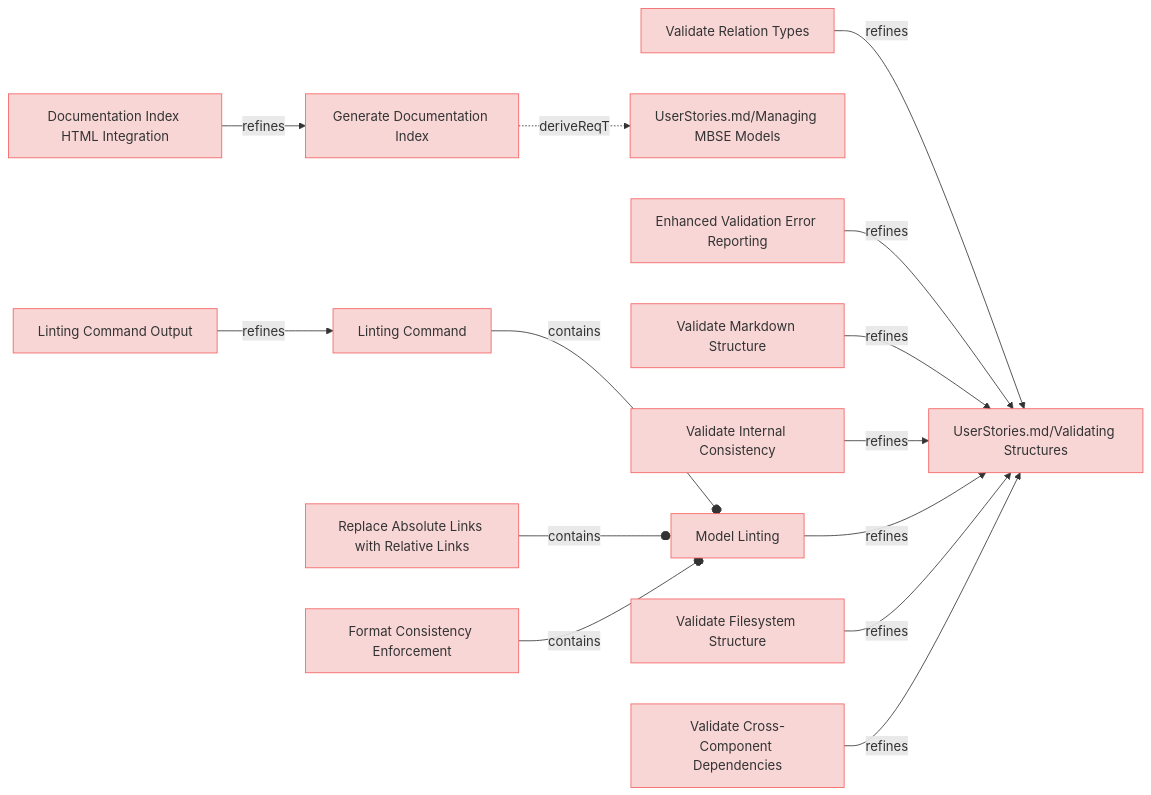
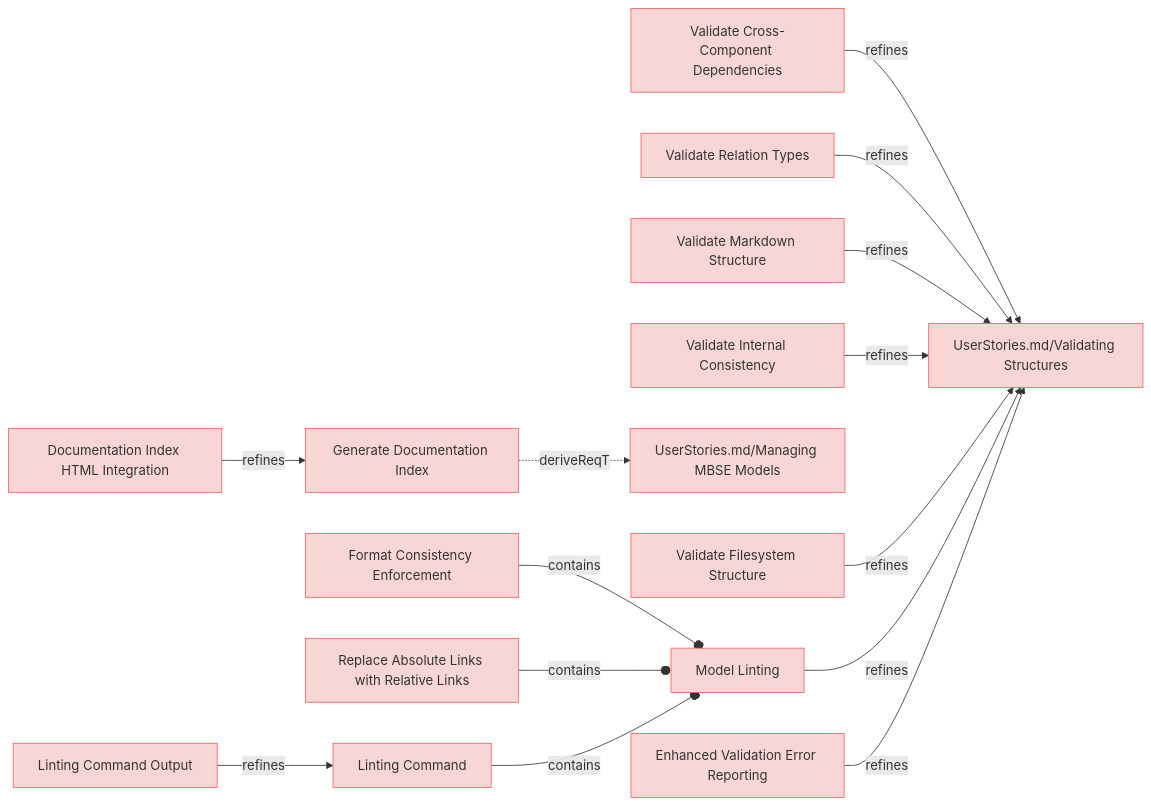
Before and after one commit to reqvire-org/reqvire: the third of 9 diagrams in specifications/UserRequirements.md, drawn with Mermaid. The commit also changed other lines of this file and 15 other files, not shown here.

Commit message:
Linted and new diagrams generated.

````diff
--- a/specifications/UserRequirements.md
+++ b/specifications/UserRequirements.md
@@ -147,67 +147,67 @@
 ```mermaid
 graph LR;
   %% Graph styling
   classDef requirement fill:#f9d6d6,stroke:#f55f5f,stroke-width:1px;
   classDef verification fill:#d6f9d6,stroke:#5fd75f,stroke-width:1px;
   classDef externalLink fill:#d0e0ff,stroke:#3080ff,stroke-width:1px;
   classDef default fill:#f5f5f5,stroke:#333333,stroke-width:1px;
 
-  62c066a5aad4dafe["Linting Command Output"];
-  click 62c066a5aad4dafe "https://github.com/Reqvire/reqvire/blob/f18e52f9f88c64f67a79abc4e93eb74b3ec22615/specifications/UserRequirements.md#linting-command-output";
-  class 62c066a5aad4dafe requirement;
-  28b0f9fa78937e61["Linting Command"];
-  class 28b0f9fa78937e61 requirement;
-  click 28b0f9fa78937e61 "https://github.com/Reqvire/reqvire/blob/f18e52f9f88c64f67a79abc4e93eb74b3ec22615/specifications/UserRequirements.md#linting-command";
-  62c066a5aad4dafe -->|refines| 28b0f9fa78937e61;
-  8a3ca9461643d887["Validate Relation Types"];
-  click 8a3ca9461643d887 "https://github.com/Reqvire/reqvire/blob/f18e52f9f88c64f67a79abc4e93eb74b3ec22615/specifications/UserRequirements.md#validate-relation-types";
-  class 8a3ca9461643d887 requirement;
+  b5146db7aedfd66["Documentation Index HTML Integration"];
+  click b5146db7aedfd66 "https://github.com/Reqvire/reqvire/blob/b8c43d2689b933838bf1838d8a4cdf3393c9014f/specifications/UserRequirements.md#documentation-index-html-integration";
+  class b5146db7aedfd66 requirement;
+  9019be8bfdc22b35["Generate Documentation Index"];
+  class 9019be8bfdc22b35 requirement;
+  click 9019be8bfdc22b35 "https://github.com/Reqvire/reqvire/blob/b8c43d2689b933838bf1838d8a4cdf3393c9014f/specifications/UserRequirements.md#generate-documentation-index";
+  b5146db7aedfd66 -->|refines| 9019be8bfdc22b35;
+  1ddbeea0cf8eaad5["Format Consistency Enforcement"];
+  click 1ddbeea0cf8eaad5 "https://github.com/Reqvire/reqvire/blob/b8c43d2689b933838bf1838d8a4cdf3393c9014f/specifications/UserRequirements.md#format-consistency-enforcement";
+  class 1ddbeea0cf8eaad5 requirement;
+  84c4dc11e82e8638["Model Linting"];
+  class 84c4dc11e82e8638 requirement;
+  click 84c4dc11e82e8638 "https://github.com/Reqvire/reqvire/blob/b8c43d2689b933838bf1838d8a4cdf3393c9014f/specifications/UserRequirements.md#model-linting";
+  1ddbeea0cf8eaad5 --o|contains| 84c4dc11e82e8638;
+  ee05a46627b568b7["Validate Cross-Component Dependencies"];
+  click ee05a46627b568b7 "https://github.com/Reqvire/reqvire/blob/b8c43d2689b933838bf1838d8a4cdf3393c9014f/specifications/UserRequirements.md#validate-cross-component-dependencies";
+  class ee05a46627b568b7 requirement;
   a0f9571f6563d9d3["UserStories.md/Validating Structures"];
   class a0f9571f6563d9d3 requirement;
-  click a0f9571f6563d9d3 "https://github.com/Reqvire/reqvire/blob/f18e52f9f88c64f67a79abc4e93eb74b3ec22615/specifications/UserStories.md#validating-structures";
+  click a0f9571f6563d9d3 "https://github.com/Reqvire/reqvire/blob/b8c43d2689b933838bf1838d8a4cdf3393c9014f/specifications/UserStories.md#validating-structures";
+  ee05a46627b568b7 -->|refines| a0f9571f6563d9d3;
+  8a3ca9461643d887["Validate Relation Types"];
+  click 8a3ca9461643d887 "https://github.com/Reqvire/reqvire/blob/b8c43d2689b933838bf1838d8a4cdf3393c9014f/specifications/UserRequirements.md#validate-relation-types";
+  class 8a3ca9461643d887 requirement;
   8a3ca9461643d887 -->|refines| a0f9571f6563d9d3;
-  9019be8bfdc22b35["Generate Documentation Index"];
-  click 9019be8bfdc22b35 "https://github.com/Reqvire/reqvire/blob/f18e52f9f88c64f67a79abc4e93eb74b3ec22615/specifications/UserRequirements.md#generate-documentation-index";
-  class 9019be8bfdc22b35 requirement;
+  7ec3cb7f400a2e8d["Validate Markdown Structure"];
+  click 7ec3cb7f400a2e8d "https://github.com/Reqvire/reqvire/blob/b8c43d2689b933838bf1838d8a4cdf3393c9014f/specifications/UserRequirements.md#validate-markdown-structure";
+  class 7ec3cb7f400a2e8d requirement;
+  7ec3cb7f400a2e8d -->|refines| a0f9571f6563d9d3;
   c75ac8fa29479ca5["UserStories.md/Managing MBSE Models"];
   class c75ac8fa29479ca5 requirement;
-  click c75ac8fa29479ca5 "https://github.com/Reqvire/reqvire/blob/f18e52f9f88c64f67a79abc4e93eb74b3ec22615/specifications/UserStories.md#managing-mbse-models";
+  click c75ac8fa29479ca5 "https://github.com/Reqvire/reqvire/blob/b8c43d2689b933838bf1838d8a4cdf3393c9014f/specifications/UserStories.md#managing-mbse-models";
   9019be8bfdc22b35 -.->|deriveReqT| c75ac8fa29479ca5;
-  84c4dc11e82e8638["Model Linting"];
-  class 84c4dc11e82e8638 requirement;
-  click 84c4dc11e82e8638 "https://github.com/Reqvire/reqvire/blob/f18e52f9f88c64f67a79abc4e93eb74b3ec22615/specifications/UserRequirements.md#model-linting";
-  28b0f9fa78937e61 --o|contains| 84c4dc11e82e8638;
   229bb675bac39dc9["Replace Absolute Links with Relative Links"];
-  click 229bb675bac39dc9 "https://github.com/Reqvire/reqvire/blob/f18e52f9f88c64f67a79abc4e93eb74b3ec22615/specifications/UserRequirements.md#replace-absolute-links-with-relative-links";
+  click 229bb675bac39dc9 "https://github.com/Reqvire/reqvire/blob/b8c43d2689b933838bf1838d8a4cdf3393c9014f/specifications/UserRequirements.md#replace-absolute-links-with-relative-links";
   class 229bb675bac39dc9 requirement;
   229bb675bac39dc9 --o|contains| 84c4dc11e82e8638;
+  f9182ad2999d989c["Validate Internal Consistency"];
+  click f9182ad2999d989c "https://github.com/Reqvire/reqvire/blob/b8c43d2689b933838bf1838d8a4cdf3393c9014f/specifications/UserRequirements.md#validate-internal-consistency";
+  class f9182ad2999d989c requirement;
+  f9182ad2999d989c -->|refines| a0f9571f6563d9d3;
+  28b0f9fa78937e61["Linting Command"];
+  click 28b0f9fa78937e61 "https://github.com/Reqvire/reqvire/blob/b8c43d2689b933838bf1838d8a4cdf3393c9014f/specifications/UserRequirements.md#linting-command";
+  class 28b0f9fa78937e61 requirement;
+  28b0f9fa78937e61 --o|contains| 84c4dc11e82e8638;
+  c390b990a63def2a["Validate Filesystem Structure"];
+  click c390b990a63def2a "https://github.com/Reqvire/reqvire/blob/b8c43d2689b933838bf1838d8a4cdf3393c9014f/specifications/UserRequirements.md#validate-filesystem-structure";
+  class c390b990a63def2a requirement;
+  c390b990a63def2a -->|refines| a0f9571f6563d9d3;
+  84c4dc11e82e8638 -->|refines| a0f9571f6563d9d3;
+  62c066a5aad4dafe["Linting Command Output"];
+  click 62c066a5aad4dafe "https://github.com/Reqvire/reqvire/blob/b8c43d2689b933838bf1838d8a4cdf3393c9014f/specifications/UserRequirements.md#linting-command-output";
+  class 62c066a5aad4dafe requirement;
+  62c066a5aad4dafe -->|refines| 28b0f9fa78937e61;
   3d2fe0b05ff9c8e3["Enhanced Validation Error Reporting"];
-  click 3d2fe0b05ff9c8e3 "https://github.com/Reqvire/reqvire/blob/f18e52f9f88c64f67a79abc4e93eb74b3ec22615/specifications/UserRequirements.md#enhanced-validation-error-reporting";
+  click 3d2fe0b05ff9c8e3 "https://github.com/Reqvire/reqvire/blob/b8c43d2689b933838bf1838d8a4cdf3393c9014f/specifications/UserRequirements.md#enhanced-validation-error-reporting";
   class 3d2fe0b05ff9c8e3 requirement;
   3d2fe0b05ff9c8e3 -->|refines| a0f9571f6563d9d3;
-  b5146db7aedfd66["Documentation Index HTML Integration"];
-  click b5146db7aedfd66 "https://github.com/Reqvire/reqvire/blob/f18e52f9f88c64f67a79abc4e93eb74b3ec22615/specifications/UserRequirements.md#documentation-index-html-integration";
-  class b5146db7aedfd66 requirement;
-  b5146db7aedfd66 -->|refines| 9019be8bfdc22b35;
-  7ec3cb7f400a2e8d["Validate Markdown Structure"];
-  click 7ec3cb7f400a2e8d "https://github.com/Reqvire/reqvire/blob/f18e52f9f88c64f67a79abc4e93eb74b3ec22615/specifications/UserRequirements.md#validate-markdown-structure";
-  class 7ec3cb7f400a2e8d requirement;
-  7ec3cb7f400a2e8d -->|refines| a0f9571f6563d9d3;
-  f9182ad2999d989c["Validate Internal Consistency"];
-  click f9182ad2999d989c "https://github.com/Reqvire/reqvire/blob/f18e52f9f88c64f67a79abc4e93eb74b3ec22615/specifications/UserRequirements.md#validate-internal-consistency";
-  class f9182ad2999d989c requirement;
-  f9182ad2999d989c -->|refines| a0f9571f6563d9d3;
-  84c4dc11e82e8638 -->|refines| a0f9571f6563d9d3;
-  1ddbeea0cf8eaad5["Format Consistency Enforcement"];
-  click 1ddbeea0cf8eaad5 "https://github.com/Reqvire/reqvire/blob/f18e52f9f88c64f67a79abc4e93eb74b3ec22615/specifications/UserRequirements.md#format-consistency-enforcement";
-  class 1ddbeea0cf8eaad5 requirement;
-  1ddbeea0cf8eaad5 --o|contains| 84c4dc11e82e8638;
-  c390b990a63def2a["Validate Filesystem Structure"];
-  click c390b990a63def2a "https://github.com/Reqvire/reqvire/blob/f18e52f9f88c64f67a79abc4e93eb74b3ec22615/specifications/UserRequirements.md#validate-filesystem-structure";
-  class c390b990a63def2a requirement;
-  c390b990a63def2a -->|refines| a0f9571f6563d9d3;
-  ee05a46627b568b7["Validate Cross-Component Dependencies"];
-  click ee05a46627b568b7 "https://github.com/Reqvire/reqvire/blob/f18e52f9f88c64f67a79abc4e93eb74b3ec22615/specifications/UserRequirements.md#validate-cross-component-dependencies";
-  class ee05a46627b568b7 requirement;
-  ee05a46627b568b7 -->|refines| a0f9571f6563d9d3;
 ```
````
